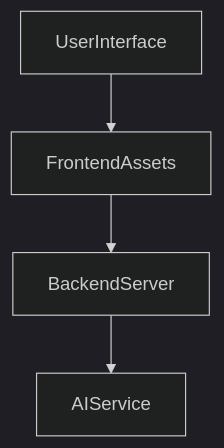
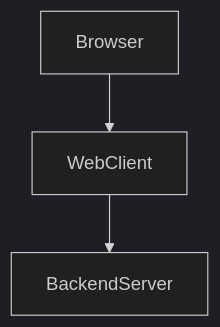
Before and after one commit to yogithasivakumar/FocusZen: the first of 2 diagrams in README.md, drawn with Mermaid (dark theme). The commit also changed other lines of this file, not shown here.

````diff
--- a/README.md
+++ b/README.md
@@ -11,6 +7,5 @@
 ```mermaid
 flowchart TD
-    UserInterface --> FrontendAssets
-    FrontendAssets --> BackendServer
-    BackendServer --> AIService
+    Browser --> WebClient
+    WebClient --> BackendServer
 ```
````
